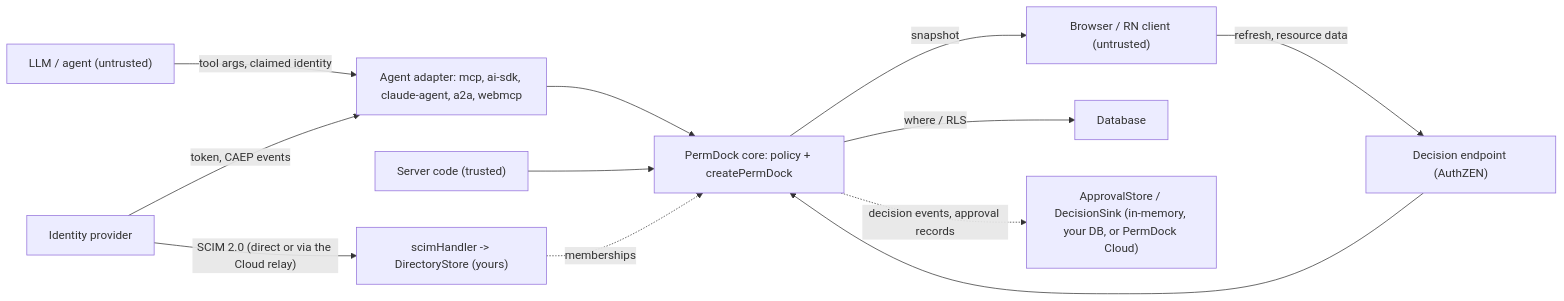
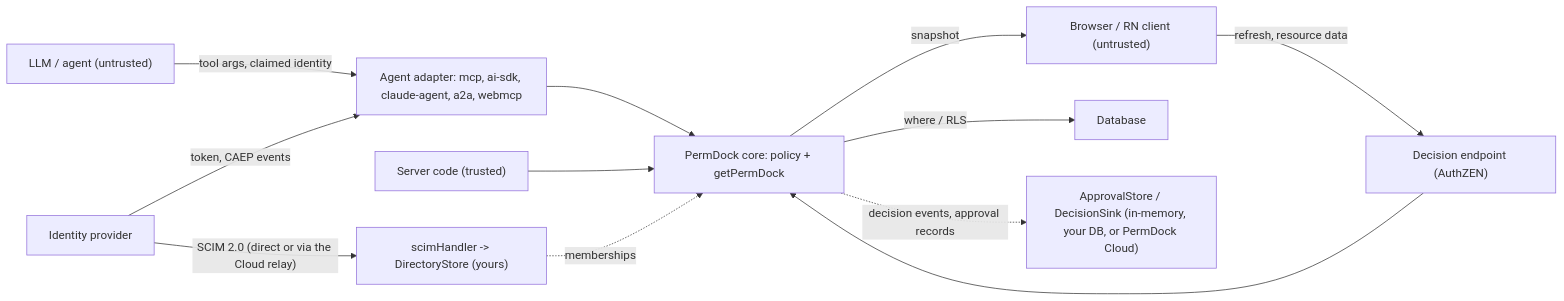
The diagram in apps/docs/content/docs/security/threat-model.mdx (ScaleDockHQ/permdock), drawn with Mermaid before and after one commit. The commit also changed other lines of this file and 53 other files, not shown here.

Commit message:
docs: document getPermDock, getPermDockSync, requirePermission and prefetchRelations

````diff
--- a/apps/docs/content/docs/security/threat-model.mdx
+++ b/apps/docs/content/docs/security/threat-model.mdx
@@ -19,13 +19,13 @@
 ```mermaid
 flowchart LR
   Model["LLM / agent (untrusted)"] -->|tool args, claimed identity| Adapter["Agent adapter: mcp, ai-sdk, claude-agent, a2a, webmcp"]
   Client["Browser / RN client (untrusted)"] -->|refresh, resource data| Endpoint["Decision endpoint (AuthZEN)"]
-  Adapter --> Core["PermDock core: policy + createPermDock"]
+  Adapter --> Core["PermDock core: policy + getPermDock"]
   Endpoint --> Core
   Server["Server code (trusted)"] --> Core
   Core -->|snapshot| Client
   Core -->|where / RLS| DB["Database"]
   Core -.->|decision events, approval records| Store["ApprovalStore / DecisionSink (in-memory, your DB, or PermDock Cloud)"]
   IdP["Identity provider"] -->|token, CAEP events| Adapter
   IdP -->|"SCIM 2.0 (direct or via the Cloud relay)"| Scim["scimHandler -> DirectoryStore (yours)"] -.->|memberships| Core
 ```
````
